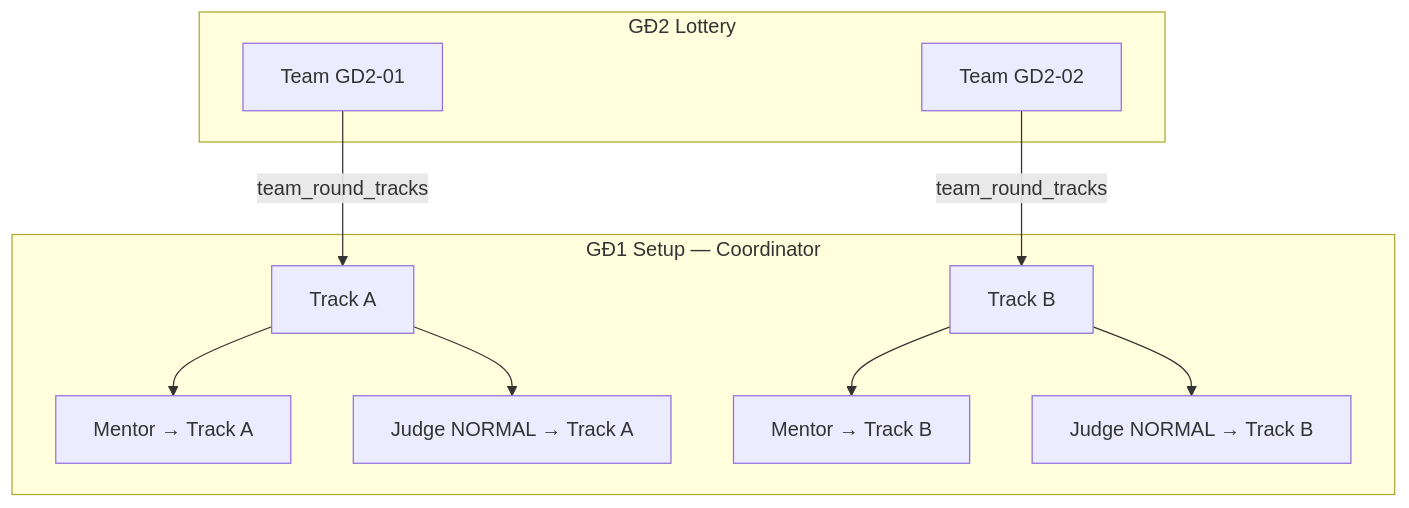
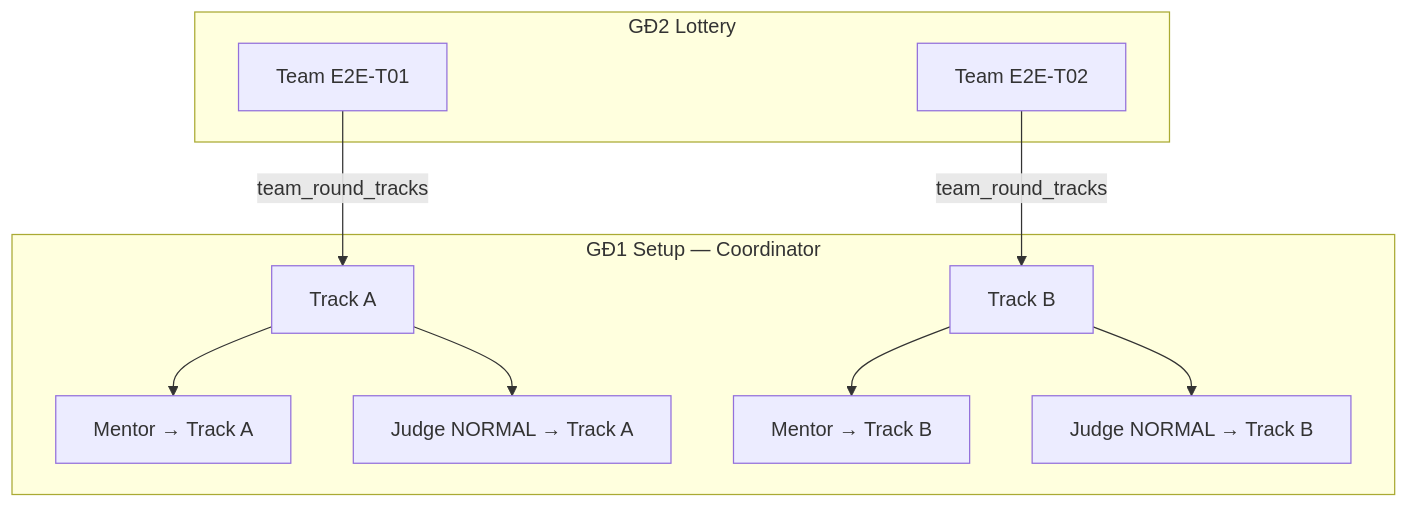
Before and after one commit to MANAGEMENT-SEAL-HACKATHON/BE: the third of 3 diagrams in docs/testing/fe-gd1-gd2-gd3-workflow-mapping.md, drawn with Mermaid. The commit also changed other lines of this file and 333 other files, not shown here.

````diff
--- a/docs/testing/fe-gd1-gd2-gd3-workflow-mapping.md
+++ b/docs/testing/fe-gd1-gd2-gd3-workflow-mapping.md
@@ -167,21 +167,21 @@
 ```mermaid
 flowchart TB
   subgraph gd1 [GĐ1 Setup — Coordinator]
     T1[Track A]
     T2[Track B]
     M1[Mentor → Track A]
     M2[Mentor → Track B]
     J1[Judge NORMAL → Track A]
     J2[Judge NORMAL → Track B]
   end
   subgraph gd2 [GĐ2 Lottery]
-    Team1[Team GD2-01]
-    Team2[Team GD2-02]
+    Team1[Team E2E-T01]
+    Team2[Team E2E-T02]
   end
   T1 --> M1
   T1 --> J1
   T2 --> M2
   T2 --> J2
   Team1 -->|team_round_tracks| T1
   Team2 -->|team_round_tracks| T2
 ```
````
